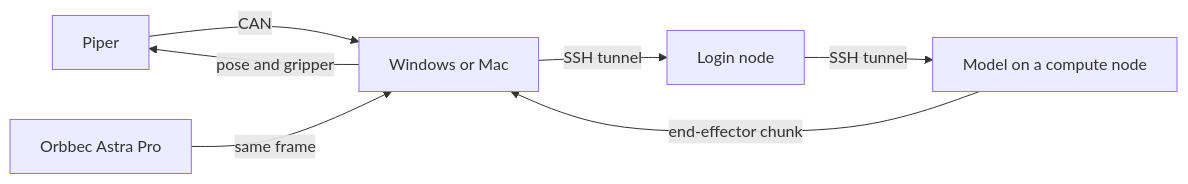
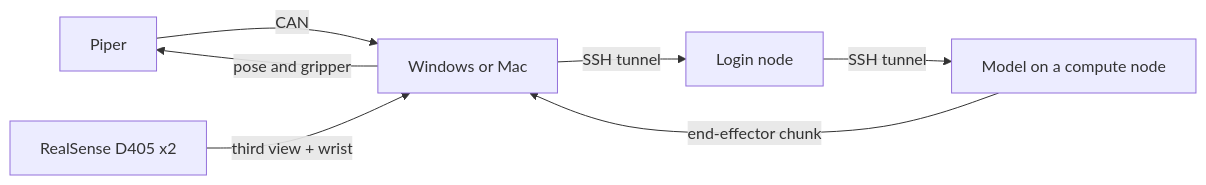
The diagram in USER_GUIDE.md (Yuxi1000/CEI_robot_arms), drawn with Mermaid before and after one commit. The commit also changed other lines of this file and 18 other files, not shown here.

First line of the commit message:
Read both RealSense D405 cameras for inference and recording.

````diff
--- a/USER_GUIDE.md
+++ b/USER_GUIDE.md
@@ -7,14 +7,14 @@
 ```mermaid
 flowchart LR
   arm[Piper]
-  cam[Orbbec Astra Pro]
+  cam[RealSense D405 x2]
   pc[Windows or Mac]
   login[Login node]
   gpu[Model on a compute node]
   arm -->|CAN| pc
-  cam -->|same frame| pc
+  cam -->|third view + wrist| pc
   pc -->|SSH tunnel| login
   login -->|SSH tunnel| gpu
   gpu -->|end-effector chunk| pc
   pc -->|pose and gripper| arm
 ```
````
